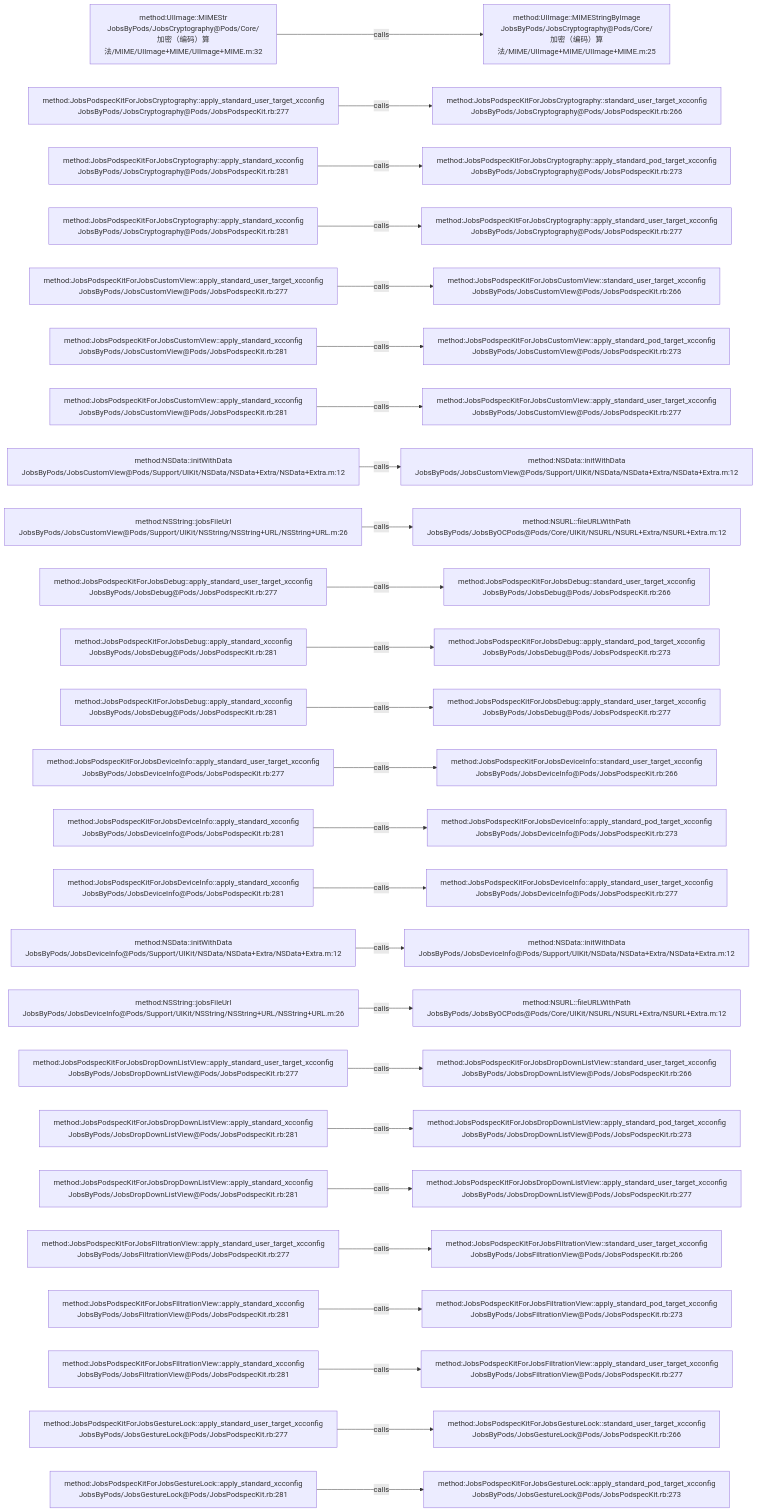
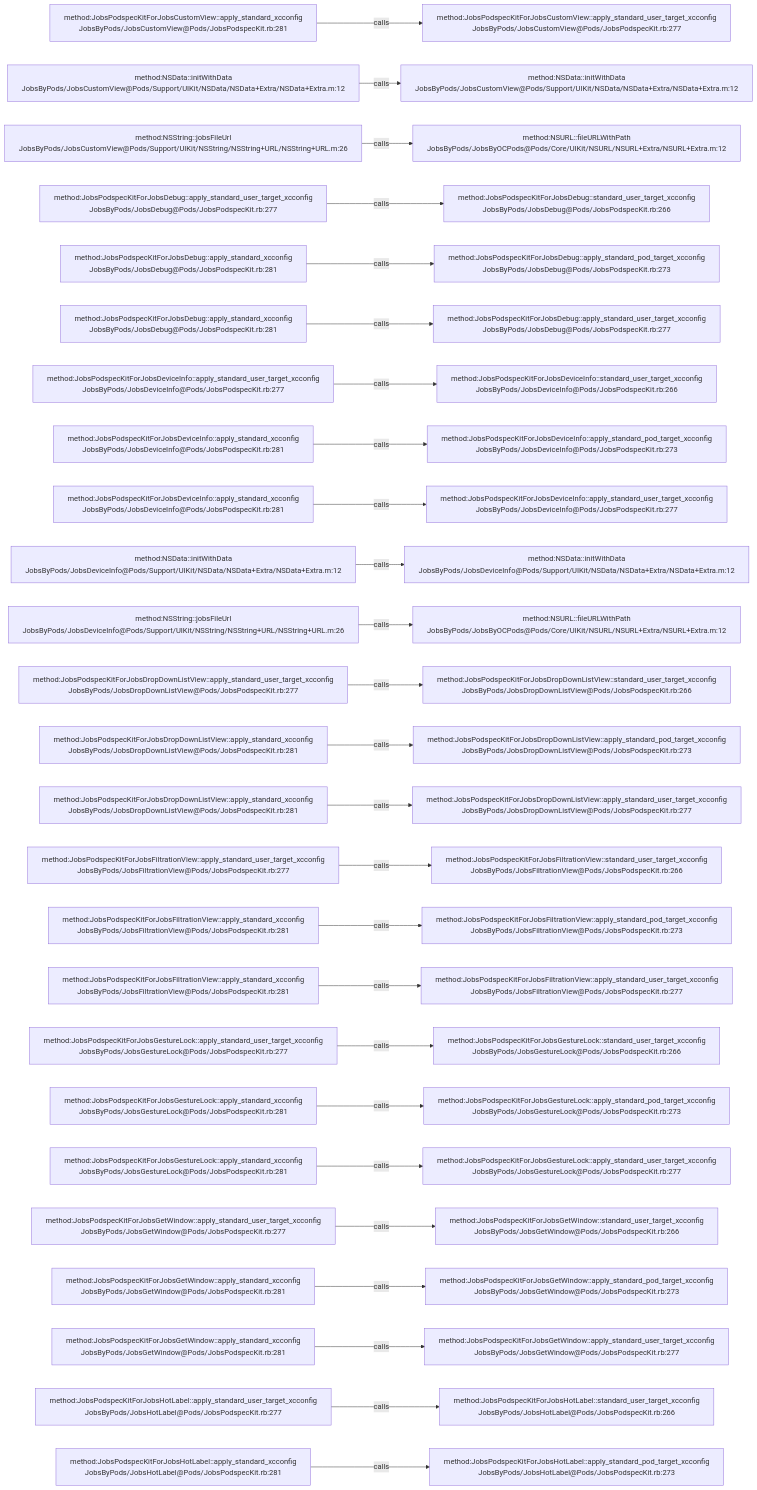
Before and after one commit to JobsKits/JobsOCBaseConfigDemo: the diagram in .codegraph/codegraph.md/graphs/calls-004.md, drawn with Mermaid. The commit also changed 666 other files, not shown here.

````diff
--- a/.codegraph/codegraph.md/graphs/calls-004.md
+++ b/.codegraph/codegraph.md/graphs/calls-004.md
@@ -13,78 +13,78 @@
 ```mermaid
 flowchart LR
-  S1["method:UIImage::MIMEStr<br/>JobsByPods/JobsCryptography@Pods/Core/加密（编码）算法/MIME/UIImage+MIME/UIImage+MIME.m:32"]
-  T1["method:UIImage::MIMEStringByImage<br/>JobsByPods/JobsCryptography@Pods/Core/加密（编码）算法/MIME/UIImage+MIME/UIImage+MIME.m:25"]
+  S1["method:JobsPodspecKitForJobsCustomView::apply_standard_xcconfig<br/>JobsByPods/JobsCustomView@Pods/JobsPodspecKit.rb:281"]
+  T1["method:JobsPodspecKitForJobsCustomView::apply_standard_user_target_xcconfig<br/>JobsByPods/JobsCustomView@Pods/JobsPodspecKit.rb:277"]
   S1 -->|calls| T1
-  S2["method:JobsPodspecKitForJobsCryptography::apply_standard_user_target_xcconfig<br/>JobsByPods/JobsCryptography@Pods/JobsPodspecKit.rb:277"]
-  T2["method:JobsPodspecKitForJobsCryptography::standard_user_target_xcconfig<br/>JobsByPods/JobsCryptography@Pods/JobsPodspecKit.rb:266"]
+  S2["method:NSData::initWithData<br/>JobsByPods/JobsCustomView@Pods/Support/UIKit/NSData/NSData+Extra/NSData+Extra.m:12"]
+  T2["method:NSData::initWithData<br/>JobsByPods/JobsCustomView@Pods/Support/UIKit/NSData/NSData+Extra/NSData+Extra.m:12"]
   S2 -->|calls| T2
-  S3["method:JobsPodspecKitForJobsCryptography::apply_standard_xcconfig<br/>JobsByPods/JobsCryptography@Pods/JobsPodspecKit.rb:281"]
-  T3["method:JobsPodspecKitForJobsCryptography::apply_standard_pod_target_xcconfig<br/>JobsByPods/JobsCryptography@Pods/JobsPodspecKit.rb:273"]
+  S3["method:NSString::jobsFileUrl<br/>JobsByPods/JobsCustomView@Pods/Support/UIKit/NSString/NSString+URL/NSString+URL.m:26"]
+  T3["method:NSURL::fileURLWithPath<br/>JobsByPods/JobsByOCPods@Pods/Core/UIKit/NSURL/NSURL+Extra/NSURL+Extra.m:12"]
   S3 -->|calls| T3
-  S4["method:JobsPodspecKitForJobsCryptography::apply_standard_xcconfig<br/>JobsByPods/JobsCryptography@Pods/JobsPodspecKit.rb:281"]
-  T4["method:JobsPodspecKitForJobsCryptography::apply_standard_user_target_xcconfig<br/>JobsByPods/JobsCryptography@Pods/JobsPodspecKit.rb:277"]
+  S4["method:JobsPodspecKitForJobsDebug::apply_standard_user_target_xcconfig<br/>JobsByPods/JobsDebug@Pods/JobsPodspecKit.rb:277"]
+  T4["method:JobsPodspecKitForJobsDebug::standard_user_target_xcconfig<br/>JobsByPods/JobsDebug@Pods/JobsPodspecKit.rb:266"]
   S4 -->|calls| T4
-  S5["method:JobsPodspecKitForJobsCustomView::apply_standard_user_target_xcconfig<br/>JobsByPods/JobsCustomView@Pods/JobsPodspecKit.rb:277"]
-  T5["method:JobsPodspecKitForJobsCustomView::standard_user_target_xcconfig<br/>JobsByPods/JobsCustomView@Pods/JobsPodspecKit.rb:266"]
+  S5["method:JobsPodspecKitForJobsDebug::apply_standard_xcconfig<br/>JobsByPods/JobsDebug@Pods/JobsPodspecKit.rb:281"]
+  T5["method:JobsPodspecKitForJobsDebug::apply_standard_pod_target_xcconfig<br/>JobsByPods/JobsDebug@Pods/JobsPodspecKit.rb:273"]
   S5 -->|calls| T5
-  S6["method:JobsPodspecKitForJobsCustomView::apply_standard_xcconfig<br/>JobsByPods/JobsCustomView@Pods/JobsPodspecKit.rb:281"]
-  T6["method:JobsPodspecKitForJobsCustomView::apply_standard_pod_target_xcconfig<br/>JobsByPods/JobsCustomView@Pods/JobsPodspecKit.rb:273"]
+  S6["method:JobsPodspecKitForJobsDebug::apply_standard_xcconfig<br/>JobsByPods/JobsDebug@Pods/JobsPodspecKit.rb:281"]
+  T6["method:JobsPodspecKitForJobsDebug::apply_standard_user_target_xcconfig<br/>JobsByPods/JobsDebug@Pods/JobsPodspecKit.rb:277"]
   S6 -->|calls| T6
-  S7["method:JobsPodspecKitForJobsCustomView::apply_standard_xcconfig<br/>JobsByPods/JobsCustomView@Pods/JobsPodspecKit.rb:281"]
-  T7["method:JobsPodspecKitForJobsCustomView::apply_standard_user_target_xcconfig<br/>JobsByPods/JobsCustomView@Pods/JobsPodspecKit.rb:277"]
+  S7["method:JobsPodspecKitForJobsDeviceInfo::apply_standard_user_target_xcconfig<br/>JobsByPods/JobsDeviceInfo@Pods/JobsPodspecKit.rb:277"]
+  T7["method:JobsPodspecKitForJobsDeviceInfo::standard_user_target_xcconfig<br/>JobsByPods/JobsDeviceInfo@Pods/JobsPodspecKit.rb:266"]
   S7 -->|calls| T7
-  S8["method:NSData::initWithData<br/>JobsByPods/JobsCustomView@Pods/Support/UIKit/NSData/NSData+Extra/NSData+Extra.m:12"]
-  T8["method:NSData::initWithData<br/>JobsByPods/JobsCustomView@Pods/Support/UIKit/NSData/NSData+Extra/NSData+Extra.m:12"]
+  S8["method:JobsPodspecKitForJobsDeviceInfo::apply_standard_xcconfig<br/>JobsByPods/JobsDeviceInfo@Pods/JobsPodspecKit.rb:281"]
+  T8["method:JobsPodspecKitForJobsDeviceInfo::apply_standard_pod_target_xcconfig<br/>JobsByPods/JobsDeviceInfo@Pods/JobsPodspecKit.rb:273"]
   S8 -->|calls| T8
-  S9["method:NSString::jobsFileUrl<br/>JobsByPods/JobsCustomView@Pods/Support/UIKit/NSString/NSString+URL/NSString+URL.m:26"]
-  T9["method:NSURL::fileURLWithPath<br/>JobsByPods/JobsByOCPods@Pods/Core/UIKit/NSURL/NSURL+Extra/NSURL+Extra.m:12"]
+  S9["method:JobsPodspecKitForJobsDeviceInfo::apply_standard_xcconfig<br/>JobsByPods/JobsDeviceInfo@Pods/JobsPodspecKit.rb:281"]
+  T9["method:JobsPodspecKitForJobsDeviceInfo::apply_standard_user_target_xcconfig<br/>JobsByPods/JobsDeviceInfo@Pods/JobsPodspecKit.rb:277"]
   S9 -->|calls| T9
-  S10["method:JobsPodspecKitForJobsDebug::apply_standard_user_target_xcconfig<br/>JobsByPods/JobsDebug@Pods/JobsPodspecKit.rb:277"]
-  T10["method:JobsPodspecKitForJobsDebug::standard_user_target_xcconfig<br/>JobsByPods/JobsDebug@Pods/JobsPodspecKit.rb:266"]
+  S10["method:NSData::initWithData<br/>JobsByPods/JobsDeviceInfo@Pods/Support/UIKit/NSData/NSData+Extra/NSData+Extra.m:12"]
+  T10["method:NSData::initWithData<br/>JobsByPods/JobsDeviceInfo@Pods/Support/UIKit/NSData/NSData+Extra/NSData+Extra.m:12"]
   S10 -->|calls| T10
-  S11["method:JobsPodspecKitForJobsDebug::apply_standard_xcconfig<br/>JobsByPods/JobsDebug@Pods/JobsPodspecKit.rb:281"]
-  T11["method:JobsPodspecKitForJobsDebug::apply_standard_pod_target_xcconfig<br/>JobsByPods/JobsDebug@Pods/JobsPodspecKit.rb:273"]
+  S11["method:NSString::jobsFileUrl<br/>JobsByPods/JobsDeviceInfo@Pods/Support/UIKit/NSString/NSString+URL/NSString+URL.m:26"]
+  T11["method:NSURL::fileURLWithPath<br/>JobsByPods/JobsByOCPods@Pods/Core/UIKit/NSURL/NSURL+Extra/NSURL+Extra.m:12"]
   S11 -->|calls| T11
-  S12["method:JobsPodspecKitForJobsDebug::apply_standard_xcconfig<br/>JobsByPods/JobsDebug@Pods/JobsPodspecKit.rb:281"]
-  T12["method:JobsPodspecKitForJobsDebug::apply_standard_user_target_xcconfig<br/>JobsByPods/JobsDebug@Pods/JobsPodspecKit.rb:277"]
+  S12["method:JobsPodspecKitForJobsDropDownListView::apply_standard_user_target_xcconfig<br/>JobsByPods/JobsDropDownListView@Pods/JobsPodspecKit.rb:277"]
+  T12["method:JobsPodspecKitForJobsDropDownListView::standard_user_target_xcconfig<br/>JobsByPods/JobsDropDownListView@Pods/JobsPodspecKit.rb:266"]
   S12 -->|calls| T12
-  S13["method:JobsPodspecKitForJobsDeviceInfo::apply_standard_user_target_xcconfig<br/>JobsByPods/JobsDeviceInfo@Pods/JobsPodspecKit.rb:277"]
-  T13["method:JobsPodspecKitForJobsDeviceInfo::standard_user_target_xcconfig<br/>JobsByPods/JobsDeviceInfo@Pods/JobsPodspecKit.rb:266"]
+  S13["method:JobsPodspecKitForJobsDropDownListView::apply_standard_xcconfig<br/>JobsByPods/JobsDropDownListView@Pods/JobsPodspecKit.rb:281"]
+  T13["method:JobsPodspecKitForJobsDropDownListView::apply_standard_pod_target_xcconfig<br/>JobsByPods/JobsDropDownListView@Pods/JobsPodspecKit.rb:273"]
   S13 -->|calls| T13
-  S14["method:JobsPodspecKitForJobsDeviceInfo::apply_standard_xcconfig<br/>JobsByPods/JobsDeviceInfo@Pods/JobsPodspecKit.rb:281"]
-  T14["method:JobsPodspecKitForJobsDeviceInfo::apply_standard_pod_target_xcconfig<br/>JobsByPods/JobsDeviceInfo@Pods/JobsPodspecKit.rb:273"]
+  S14["method:JobsPodspecKitForJobsDropDownListView::apply_standard_xcconfig<br/>JobsByPods/JobsDropDownListView@Pods/JobsPodspecKit.rb:281"]
+  T14["method:JobsPodspecKitForJobsDropDownListView::apply_standard_user_target_xcconfig<br/>JobsByPods/JobsDropDownListView@Pods/JobsPodspecKit.rb:277"]
   S14 -->|calls| T14
-  S15["method:JobsPodspecKitForJobsDeviceInfo::apply_standard_xcconfig<br/>JobsByPods/JobsDeviceInfo@Pods/JobsPodspecKit.rb:281"]
-  T15["method:JobsPodspecKitForJobsDeviceInfo::apply_standard_user_target_xcconfig<br/>JobsByPods/JobsDeviceInfo@Pods/JobsPodspecKit.rb:277"]
+  S15["method:JobsPodspecKitForJobsFiltrationView::apply_standard_user_target_xcconfig<br/>JobsByPods/JobsFiltrationView@Pods/JobsPodspecKit.rb:277"]
+  T15["method:JobsPodspecKitForJobsFiltrationView::standard_user_target_xcconfig<br/>JobsByPods/JobsFiltrationView@Pods/JobsPodspecKit.rb:266"]
   S15 -->|calls| T15
-  S16["method:NSData::initWithData<br/>JobsByPods/JobsDeviceInfo@Pods/Support/UIKit/NSData/NSData+Extra/NSData+Extra.m:12"]
-  T16["method:NSData::initWithData<br/>JobsByPods/JobsDeviceInfo@Pods/Support/UIKit/NSData/NSData+Extra/NSData+Extra.m:12"]
+  S16["method:JobsPodspecKitForJobsFiltrationView::apply_standard_xcconfig<br/>JobsByPods/JobsFiltrationView@Pods/JobsPodspecKit.rb:281"]
+  T16["method:JobsPodspecKitForJobsFiltrationView::apply_standard_pod_target_xcconfig<br/>JobsByPods/JobsFiltrationView@Pods/JobsPodspecKit.rb:273"]
   S16 -->|calls| T16
-  S17["method:NSString::jobsFileUrl<br/>JobsByPods/JobsDeviceInfo@Pods/Support/UIKit/NSString/NSString+URL/NSString+URL.m:26"]
-  T17["method:NSURL::fileURLWithPath<br/>JobsByPods/JobsByOCPods@Pods/Core/UIKit/NSURL/NSURL+Extra/NSURL+Extra.m:12"]
+  S17["method:JobsPodspecKitForJobsFiltrationView::apply_standard_xcconfig<br/>JobsByPods/JobsFiltrationView@Pods/JobsPodspecKit.rb:281"]
+  T17["method:JobsPodspecKitForJobsFiltrationView::apply_standard_user_target_xcconfig<br/>JobsByPods/JobsFiltrationView@Pods/JobsPodspecKit.rb:277"]
   S17 -->|calls| T17
-  S18["method:JobsPodspecKitForJobsDropDownListView::apply_standard_user_target_xcconfig<br/>JobsByPods/JobsDropDownListView@Pods/JobsPodspecKit.rb:277"]
-  T18["method:JobsPodspecKitForJobsDropDownListView::standard_user_target_xcconfig<br/>JobsByPods/JobsDropDownListView@Pods/JobsPodspecKit.rb:266"]
+  S18["method:JobsPodspecKitForJobsGestureLock::apply_standard_user_target_xcconfig<br/>JobsByPods/JobsGestureLock@Pods/JobsPodspecKit.rb:277"]
+  T18["method:JobsPodspecKitForJobsGestureLock::standard_user_target_xcconfig<br/>JobsByPods/JobsGestureLock@Pods/JobsPodspecKit.rb:266"]
   S18 -->|calls| T18
-  S19["method:JobsPodspecKitForJobsDropDownListView::apply_standard_xcconfig<br/>JobsByPods/JobsDropDownListView@Pods/JobsPodspecKit.rb:281"]
-  T19["method:JobsPodspecKitForJobsDropDownListView::apply_standard_pod_target_xcconfig<br/>JobsByPods/JobsDropDownListView@Pods/JobsPodspecKit.rb:273"]
+  S19["method:JobsPodspecKitForJobsGestureLock::apply_standard_xcconfig<br/>JobsByPods/JobsGestureLock@Pods/JobsPodspecKit.rb:281"]
+  T19["method:JobsPodspecKitForJobsGestureLock::apply_standard_pod_target_xcconfig<br/>JobsByPods/JobsGestureLock@Pods/JobsPodspecKit.rb:273"]
   S19 -->|calls| T19
-  S20["method:JobsPodspecKitForJobsDropDownListView::apply_standard_xcconfig<br/>JobsByPods/JobsDropDownListView@Pods/JobsPodspecKit.rb:281"]
-  T20["method:JobsPodspecKitForJobsDropDownListView::apply_standard_user_target_xcconfig<br/>JobsByPods/JobsDropDownListView@Pods/JobsPodspecKit.rb:277"]
+  S20["method:JobsPodspecKitForJobsGestureLock::apply_standard_xcconfig<br/>JobsByPods/JobsGestureLock@Pods/JobsPodspecKit.rb:281"]
+  T20["method:JobsPodspecKitForJobsGestureLock::apply_standard_user_target_xcconfig<br/>JobsByPods/JobsGestureLock@Pods/JobsPodspecKit.rb:277"]
   S20 -->|calls| T20
-  S21["method:JobsPodspecKitForJobsFiltrationView::apply_standard_user_target_xcconfig<br/>JobsByPods/JobsFiltrationView@Pods/JobsPodspecKit.rb:277"]
-  T21["method:JobsPodspecKitForJobsFiltrationView::standard_user_target_xcconfig<br/>JobsByPods/JobsFiltrationView@Pods/JobsPodspecKit.rb:266"]
+  S21["method:JobsPodspecKitForJobsGetWindow::apply_standard_user_target_xcconfig<br/>JobsByPods/JobsGetWindow@Pods/JobsPodspecKit.rb:277"]
+  T21["method:JobsPodspecKitForJobsGetWindow::standard_user_target_xcconfig<br/>JobsByPods/JobsGetWindow@Pods/JobsPodspecKit.rb:266"]
   S21 -->|calls| T21
-  S22["method:JobsPodspecKitForJobsFiltrationView::apply_standard_xcconfig<br/>JobsByPods/JobsFiltrationView@Pods/JobsPodspecKit.rb:281"]
-  T22["method:JobsPodspecKitForJobsFiltrationView::apply_standard_pod_target_xcconfig<br/>JobsByPods/JobsFiltrationView@Pods/JobsPodspecKit.rb:273"]
+  S22["method:JobsPodspecKitForJobsGetWindow::apply_standard_xcconfig<br/>JobsByPods/JobsGetWindow@Pods/JobsPodspecKit.rb:281"]
+  T22["method:JobsPodspecKitForJobsGetWindow::apply_standard_pod_target_xcconfig<br/>JobsByPods/JobsGetWindow@Pods/JobsPodspecKit.rb:273"]
   S22 -->|calls| T22
-  S23["method:JobsPodspecKitForJobsFiltrationView::apply_standard_xcconfig<br/>JobsByPods/JobsFiltrationView@Pods/JobsPodspecKit.rb:281"]
-  T23["method:JobsPodspecKitForJobsFiltrationView::apply_standard_user_target_xcconfig<br/>JobsByPods/JobsFiltrationView@Pods/JobsPodspecKit.rb:277"]
+  S23["method:JobsPodspecKitForJobsGetWindow::apply_standard_xcconfig<br/>JobsByPods/JobsGetWindow@Pods/JobsPodspecKit.rb:281"]
+  T23["method:JobsPodspecKitForJobsGetWindow::apply_standard_user_target_xcconfig<br/>JobsByPods/JobsGetWindow@Pods/JobsPodspecKit.rb:277"]
   S23 -->|calls| T23
-  S24["method:JobsPodspecKitForJobsGestureLock::apply_standard_user_target_xcconfig<br/>JobsByPods/JobsGestureLock@Pods/JobsPodspecKit.rb:277"]
-  T24["method:JobsPodspecKitForJobsGestureLock::standard_user_target_xcconfig<br/>JobsByPods/JobsGestureLock@Pods/JobsPodspecKit.rb:266"]
+  S24["method:JobsPodspecKitForJobsHotLabel::apply_standard_user_target_xcconfig<br/>JobsByPods/JobsHotLabel@Pods/JobsPodspecKit.rb:277"]
+  T24["method:JobsPodspecKitForJobsHotLabel::standard_user_target_xcconfig<br/>JobsByPods/JobsHotLabel@Pods/JobsPodspecKit.rb:266"]
   S24 -->|calls| T24
-  S25["method:JobsPodspecKitForJobsGestureLock::apply_standard_xcconfig<br/>JobsByPods/JobsGestureLock@Pods/JobsPodspecKit.rb:281"]
-  T25["method:JobsPodspecKitForJobsGestureLock::apply_standard_pod_target_xcconfig<br/>JobsByPods/JobsGestureLock@Pods/JobsPodspecKit.rb:273"]
+  S25["method:JobsPodspecKitForJobsHotLabel::apply_standard_xcconfig<br/>JobsByPods/JobsHotLabel@Pods/JobsPodspecKit.rb:281"]
+  T25["method:JobsPodspecKitForJobsHotLabel::apply_standard_pod_target_xcconfig<br/>JobsByPods/JobsHotLabel@Pods/JobsPodspecKit.rb:273"]
   S25 -->|calls| T25
 ```
````
